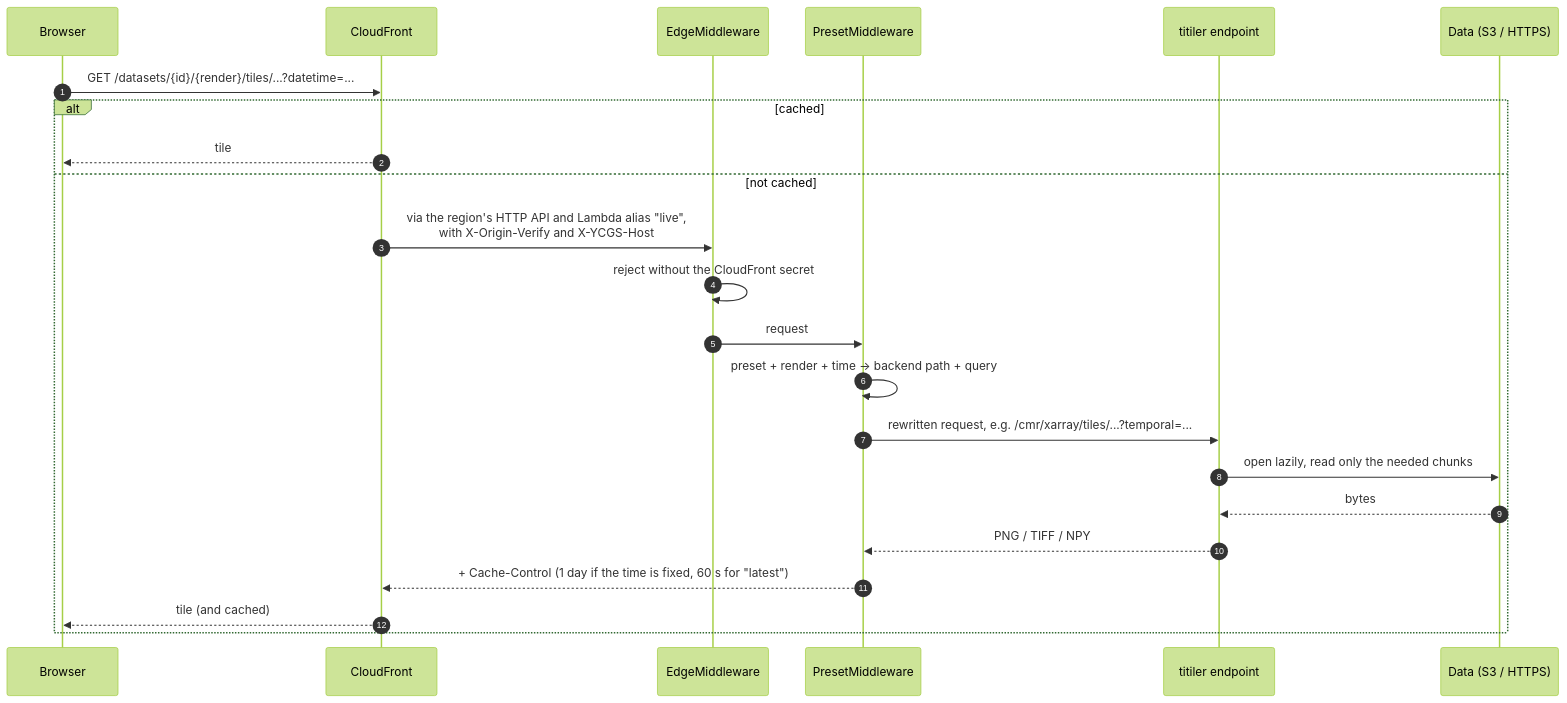
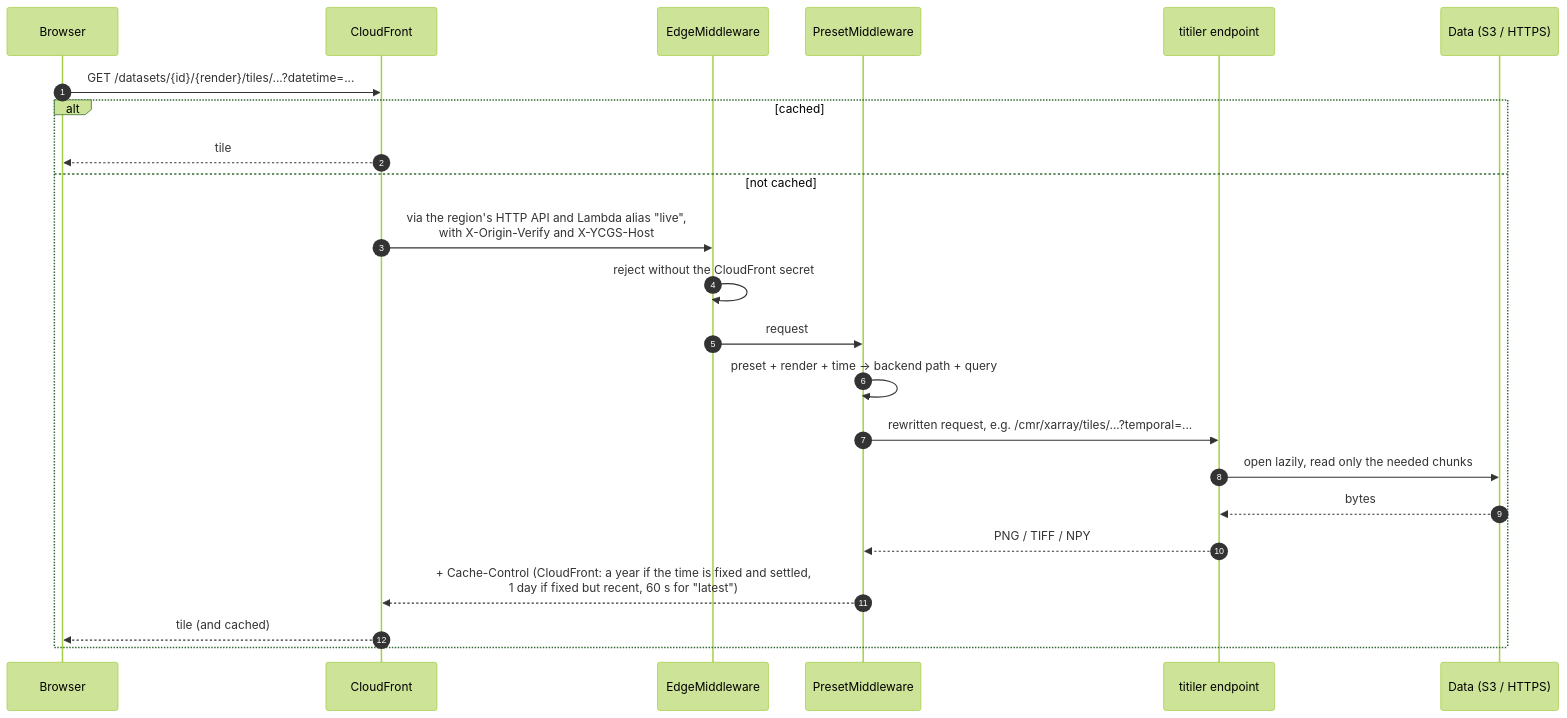
The second of 2 diagrams in docs/tiler/index.md (YCGS-lab/multi-resolution-new-haven), drawn with Mermaid (forest theme) before and after one commit. The commit also changed other lines of this file and 12 other files, not shown here.

````diff
--- a/docs/tiler/index.md
+++ b/docs/tiler/index.md
@@ -98,25 +99,25 @@
 ```mermaid
 sequenceDiagram
   autonumber
   participant B as Browser
   participant CF as CloudFront
   participant E as EdgeMiddleware
   participant P as PresetMiddleware
   participant T as titiler endpoint
   participant D as Data (S3 / HTTPS)
   B->>CF: GET /datasets/{id}/{render}/tiles/...?datetime=...
   alt cached
     CF-->>B: tile
   else not cached
     CF->>E: via the region's HTTP API and Lambda alias "live",<br/>with X-Origin-Verify and X-YCGS-Host
     E->>E: reject without the CloudFront secret
     E->>P: request
     P->>P: preset + render + time → backend path + query
     P->>T: rewritten request, e.g. /cmr/xarray/tiles/...?temporal=...
     T->>D: open lazily, read only the needed chunks
     D-->>T: bytes
     T-->>P: PNG / TIFF / NPY
-    P-->>CF: + Cache-Control (1 day if the time is fixed, 60 s for "latest")
+    P-->>CF: + Cache-Control (CloudFront: a year if the time is fixed and settled,<br/>1 day if fixed but recent, 60 s for "latest")
     CF-->>B: tile (and cached)
   end
 ```
````
